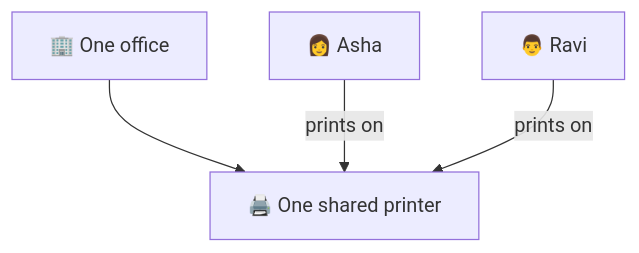
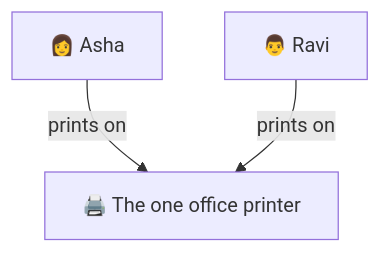
The first of 2 diagrams in content/gof-patterns/singleton/lesson.md (Akus0ni/LowLevelDesignGuide), drawn with Mermaid before and after one commit. The commit also changed 12 other files, not shown here.

````diff
--- a/content/gof-patterns/singleton/lesson.md
+++ b/content/gof-patterns/singleton/lesson.md
@@ -17,6 +17,5 @@
 ```mermaid
 flowchart TD
-    office["🏢 One office"] --> printer["🖨️ One shared printer"]
-    a["👩 Asha"] -->|"prints on"| printer
+    a["👩 Asha"] -->|"prints on"| printer["🖨️ The one office printer"]
     b["👨 Ravi"] -->|"prints on"| printer
 ```
````
